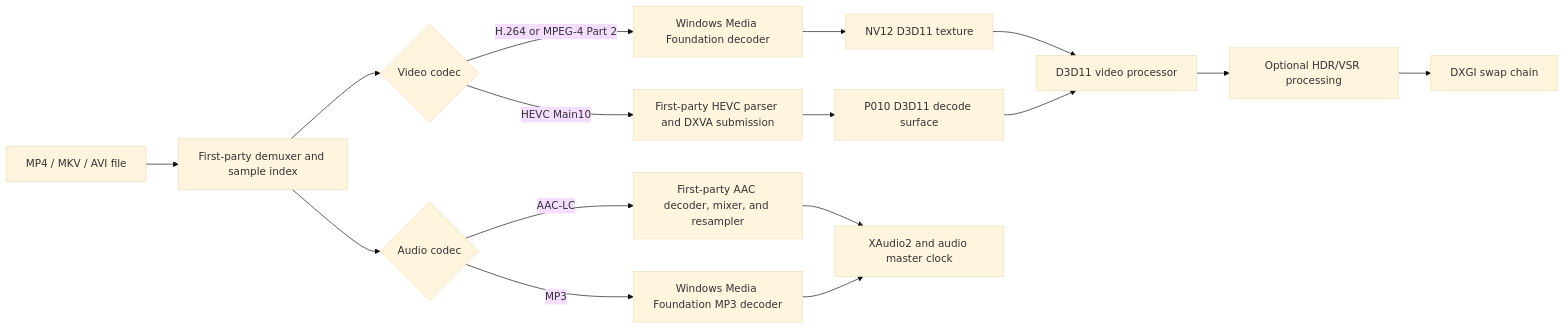
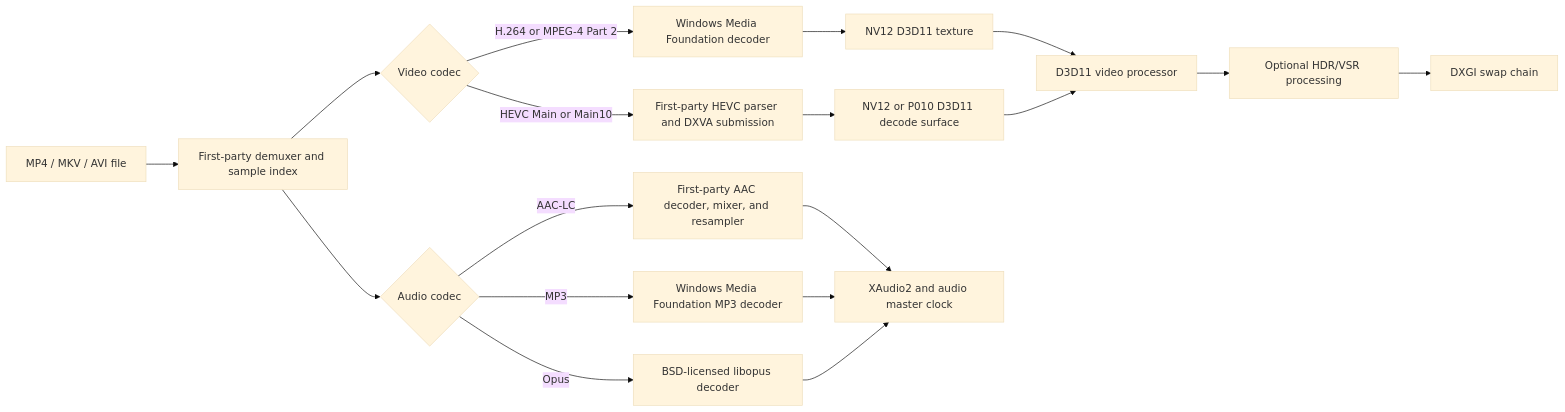
The first of 2 diagrams in docs/MoviePlayer-Wiki.md (tklee000/movieplayer), drawn with Mermaid (base theme) before and after one commit. The commit also changed other lines of this file and 20 other files, not shown here.

````diff
--- a/docs/MoviePlayer-Wiki.md
+++ b/docs/MoviePlayer-Wiki.md
@@ -45,18 +49,20 @@
 ```mermaid
 flowchart LR
     A["MP4 / MKV / AVI file"] --> B["First-party demuxer and sample index"]
     B --> C{"Video codec"}
     C -->|"H.264 or MPEG-4 Part 2"| D["Windows Media Foundation decoder"]
-    C -->|"HEVC Main10"| E["First-party HEVC parser and DXVA submission"]
+    C -->|"HEVC Main or Main10"| E["First-party HEVC parser and DXVA submission"]
     D --> F["NV12 D3D11 texture"]
-    E --> G["P010 D3D11 decode surface"]
+    E --> G["NV12 or P010 D3D11 decode surface"]
     F --> H["D3D11 video processor"]
     G --> H
     H --> I["Optional HDR/VSR processing"]
     I --> J["DXGI swap chain"]
     B --> K{"Audio codec"}
     K -->|"AAC-LC"| L["First-party AAC decoder, mixer, and resampler"]
     K -->|"MP3"| M["Windows Media Foundation MP3 decoder"]
+    K -->|"Opus"| O["BSD-licensed libopus decoder"]
     L --> N["XAudio2 and audio master clock"]
     M --> N
+    O --> N
 ```
````
